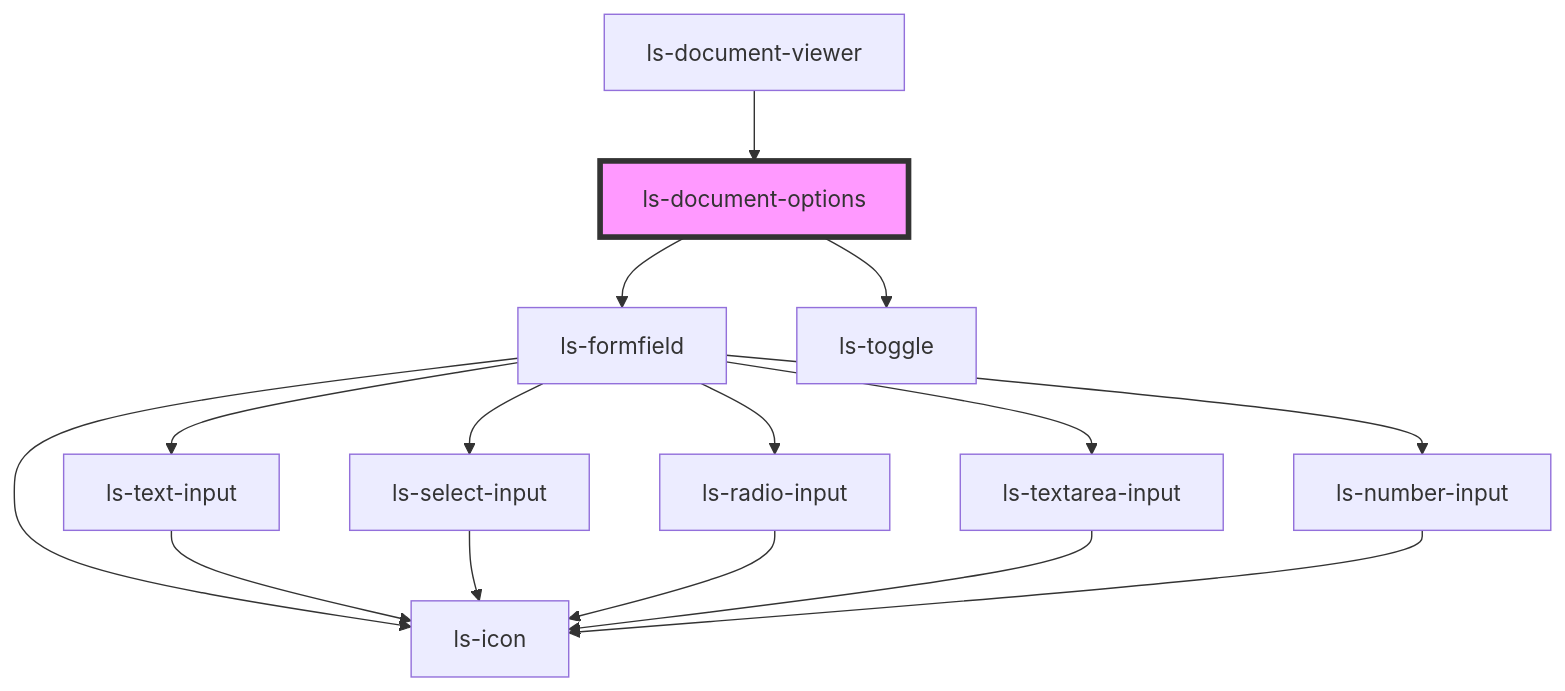
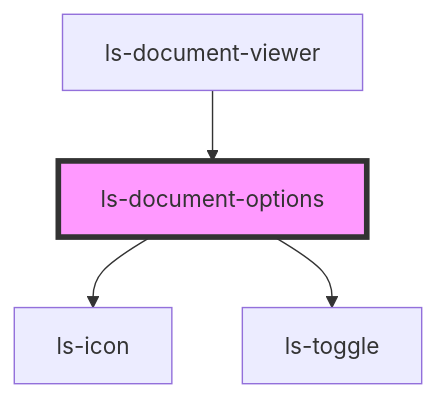
One commit to legalesign/ls-document-viewer changed the diagram in src/components/ls-document-options/readme.md. Above: the diagram before and after it, drawn with Mermaid. The commit also changed other lines of this file and 8 other files, not shown here.

````diff
--- a/src/components/ls-document-options/readme.md
+++ b/src/components/ls-document-options/readme.md
@@ -35,18 +35,7 @@
 ```mermaid
 graph TD;
-  ls-document-options --> ls-formfield
+  ls-document-options --> ls-icon
   ls-document-options --> ls-toggle
-  ls-formfield --> ls-icon
-  ls-formfield --> ls-text-input
-  ls-formfield --> ls-select-input
-  ls-formfield --> ls-radio-input
-  ls-formfield --> ls-textarea-input
-  ls-formfield --> ls-number-input
-  ls-text-input --> ls-icon
-  ls-select-input --> ls-icon
-  ls-radio-input --> ls-icon
-  ls-textarea-input --> ls-icon
-  ls-number-input --> ls-icon
   ls-document-viewer --> ls-document-options
   style ls-document-options fill:#f9f,stroke:#333,stroke-width:4px
 ```
````
